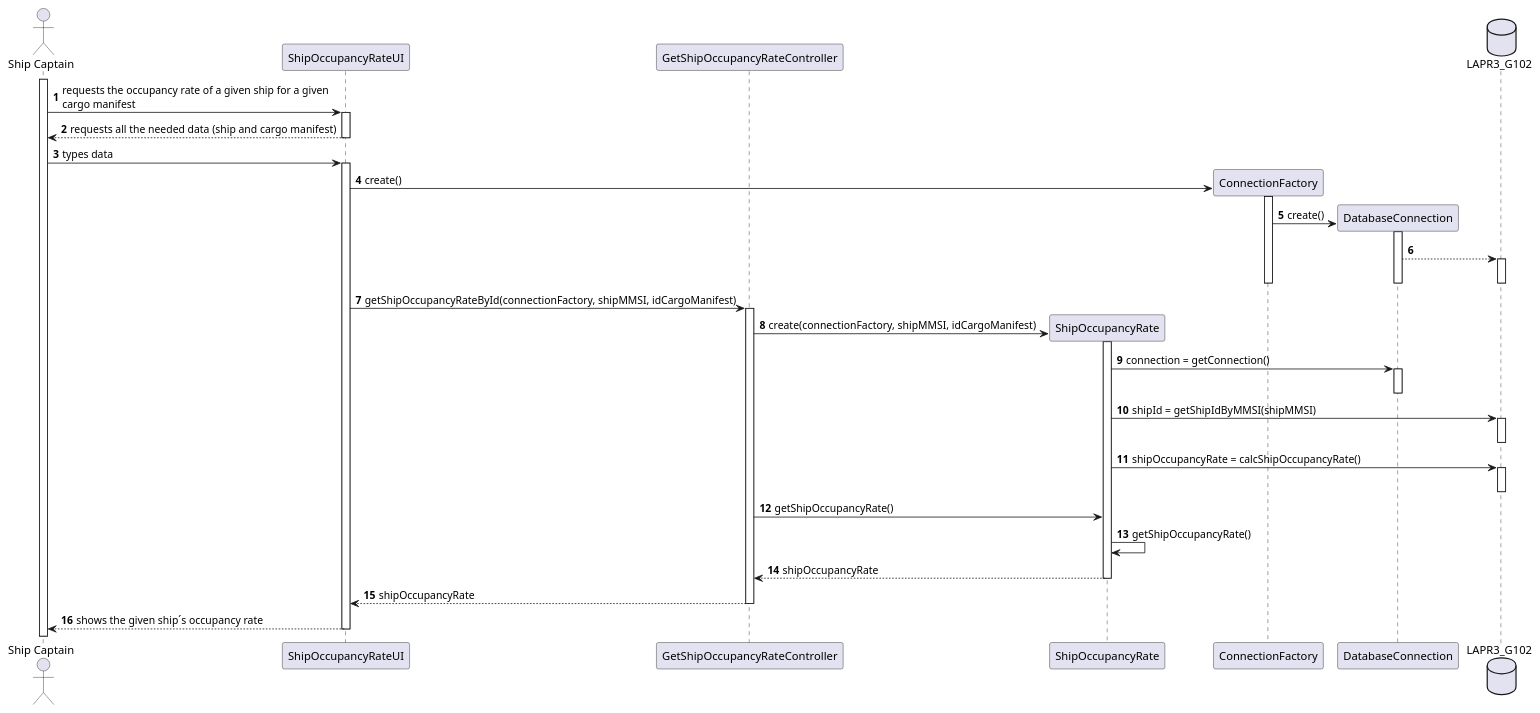
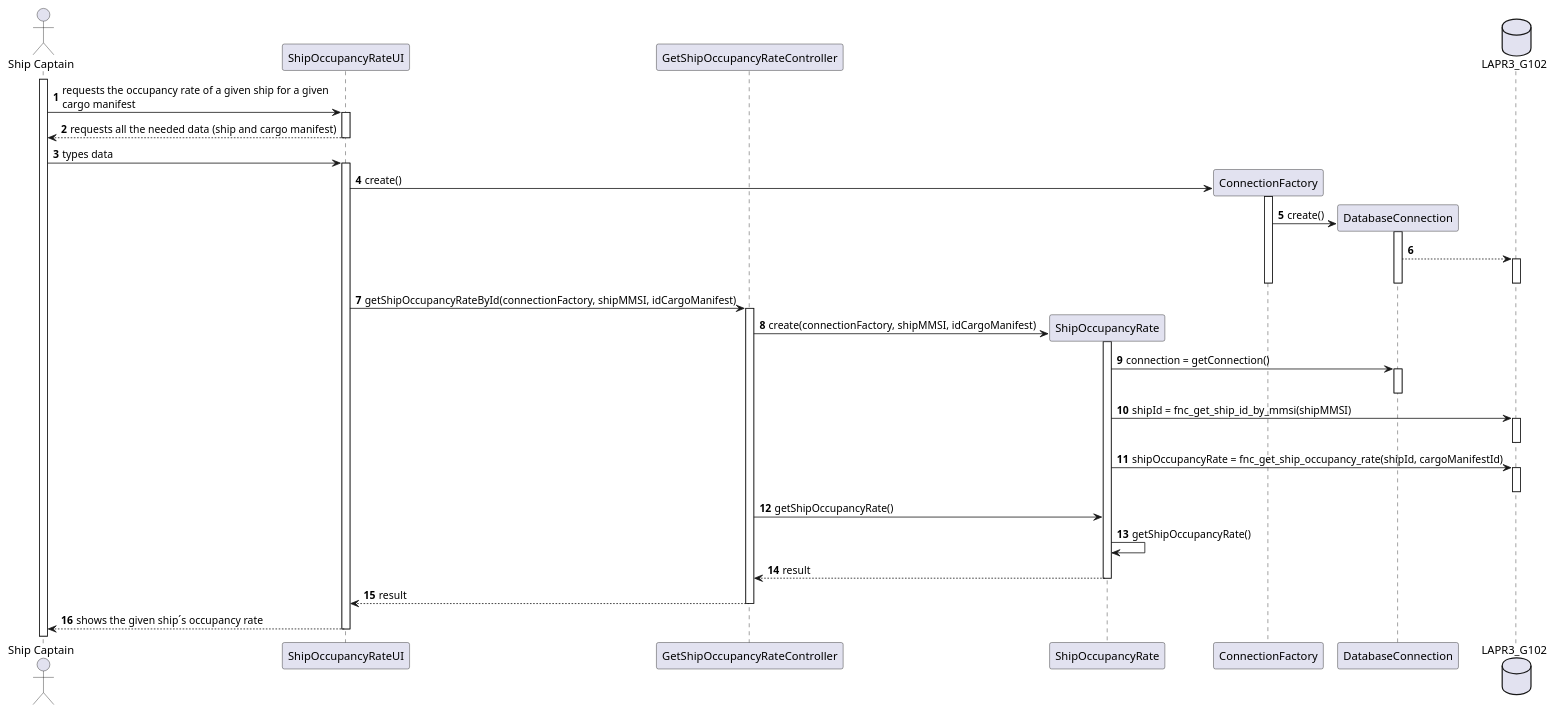
The diagram in docs/Sprint3/US208/US208_SD.puml (mpoboas/lapr3-2021-g102), drawn with PlantUML before and after one commit. The commit also changed 4 other files, not shown here.

```diff
--- a/docs/Sprint3/US208/US208_SD.puml
+++ b/docs/Sprint3/US208/US208_SD.puml
@@ -1,57 +1,57 @@
 @startuml
 autonumber
 'hide footbox
 
 actor "Ship Captain" as SC
 
 participant "ShipOccupancyRateUI" as UI
 participant "GetShipOccupancyRateController" as CTRL
 participant "ShipOccupancyRate" as SHIPOCCRATE
 participant ConnectionFactory as CF
 participant DatabaseConnection as DC
 database LAPR3_G102 as DB
 
 activate SC
 SC -> UI : requests the occupancy rate of a given ship for a given\ncargo manifest
 activate UI
 UI --> SC : requests all the needed data (ship and cargo manifest)
 deactivate UI
 
 SC -> UI : types data
 activate UI
 
 UI -> CF** : create()
 activate CF
 CF -> DC** : create()
 activate DC
 DC --> DB
 activate DB
 deactivate DB
 deactivate DC
 deactivate CF
 
 UI -> CTRL : getShipOccupancyRateById(connectionFactory, shipMMSI, idCargoManifest)
 activate CTRL
 CTRL -> SHIPOCCRATE** : create(connectionFactory, shipMMSI, idCargoManifest)
 activate SHIPOCCRATE
 
 SHIPOCCRATE -> DC : connection = getConnection()
 activate DC
 deactivate DC
-SHIPOCCRATE -> DB : shipId = getShipIdByMMSI(shipMMSI)
+SHIPOCCRATE -> DB : shipId = fnc_get_ship_id_by_mmsi(shipMMSI)
 activate DB
 deactivate DB
 
-SHIPOCCRATE -> DB : shipOccupancyRate = calcShipOccupancyRate()
+SHIPOCCRATE -> DB : shipOccupancyRate = fnc_get_ship_occupancy_rate(shipId, cargoManifestId)
 activate DB
 deactivate DB
 
 CTRL -> SHIPOCCRATE : getShipOccupancyRate()
 SHIPOCCRATE -> SHIPOCCRATE : getShipOccupancyRate()
-SHIPOCCRATE --> CTRL : shipOccupancyRate
+SHIPOCCRATE --> CTRL : result
 deactivate SHIPOCCRATE
-CTRL --> UI : shipOccupancyRate
+CTRL --> UI : result
 deactivate CTRL
 UI --> SC : shows the given ship´s occupancy rate
 deactivate UI
 @enduml
```
